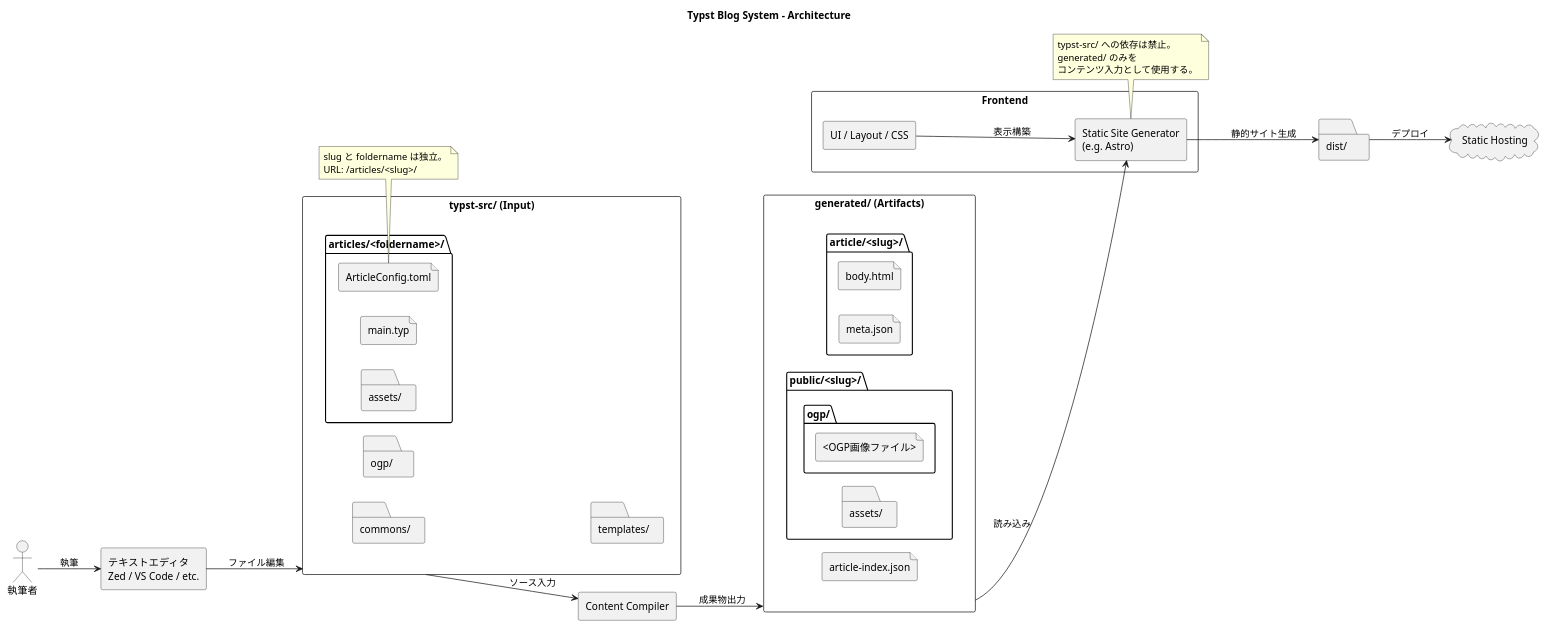
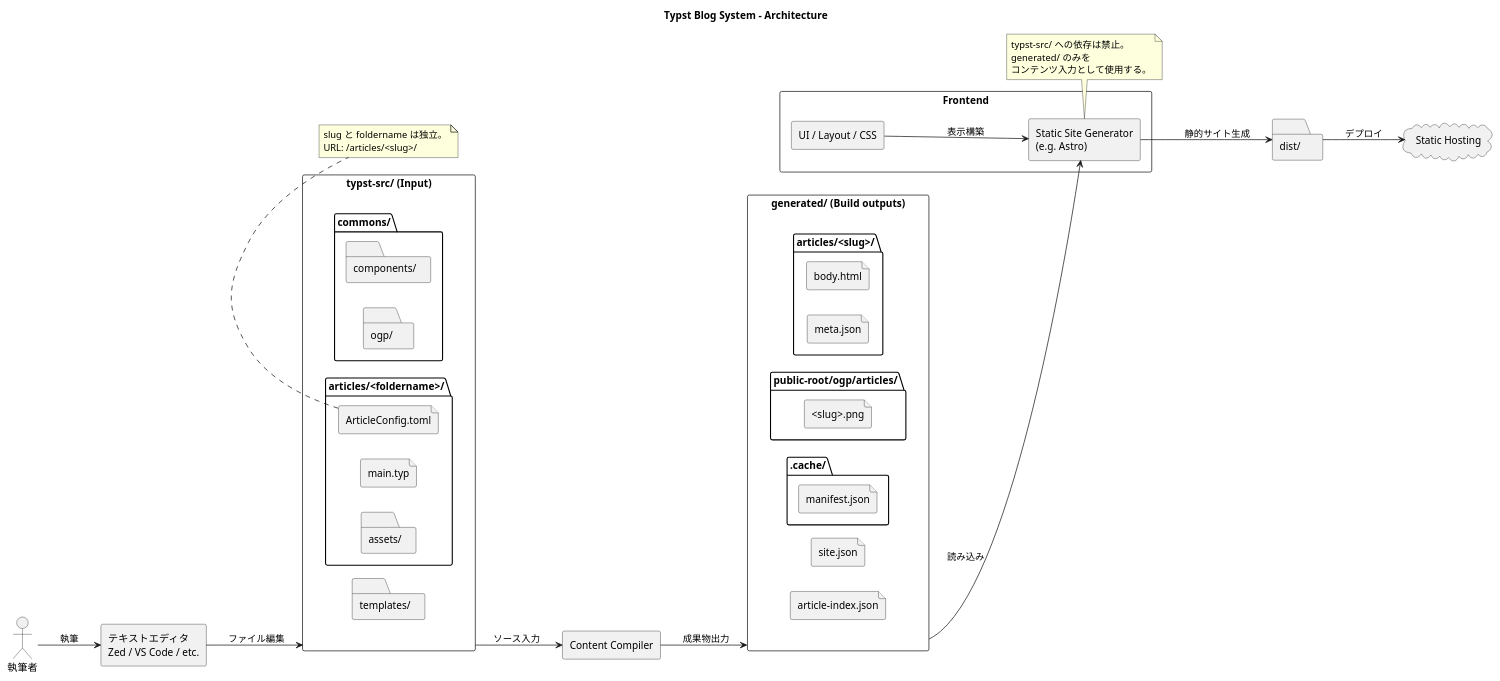
Before and after one commit to neruneruna7/blog: the first of 4 diagrams in docs/design.puml, drawn with PlantUML. The commit also changed other lines of this file and 40 other files, not shown here.

```diff
--- a/docs/design.puml
+++ b/docs/design.puml
@@ -2,72 +2,76 @@
 @startuml system
 title Typst Blog System - Architecture
 
 left to right direction
 skinparam componentStyle rectangle
 skinparam packageStyle rectangle
 
 actor "執筆者" as User
 component "テキストエディタ\nZed / VS Code / etc." as Editor
 
 package "typst-src/ (Input)" as Source {
-  folder "commons/" as Commons
-  folder "ogp/" as OgpTemplate
+  folder "commons/" as Commons {
+    folder "components/" as Components
+    folder "ogp/" as OgpTemplate
+  }
   folder "templates/" as Templates
 
   folder "articles/<foldername>/" as ArticleSource {
     file "main.typ" as MainTyp
     file "ArticleConfig.toml" as ArticleConfig
     folder "assets/" as SourceAssets
   }
 }
 
 component "Content Compiler" as Compiler
 
-package "generated/ (Artifacts)" as Generated {
+package "generated/ (Build outputs)" as Generated {
+  file "site.json" as SiteJson
   file "article-index.json" as ArticleIndex
 
-  folder "article/<slug>/" as ArticleOutput {
+  folder "articles/<slug>/" as ArticleOutput {
     file "body.html" as BodyHtml
     file "meta.json" as MetaJson
   }
 
-  folder "public/<slug>/" as PublicOutput {
-    folder "assets/" as PublicAssets
-    folder "ogp/" as PublicOgp {
-      file "<OGP画像ファイル>" as OgpImage
-    }
+  folder "public-root/ogp/articles/" as PublicOgp {
+    file "<slug>.png" as OgpImage
+  }
+
+  folder ".cache/" as CacheDirectory {
+    file "manifest.json" as CacheManifest
   }
 }
 
 package "Frontend" as Frontend {
   component "Static Site Generator\n(e.g. Astro)" as SSG
   component "UI / Layout / CSS" as UI
 }
 
 folder "dist/" as Dist
 cloud "Static Hosting" as Hosting
 
 User --> Editor : 執筆
 Editor --> Source : ファイル編集
 
 Source --> Compiler : ソース入力
 Compiler --> Generated : 成果物出力
 
 Generated --> SSG : 読み込み
 UI --> SSG : 表示構築
 SSG --> Dist : 静的サイト生成
 Dist --> Hosting : デプロイ
 
 note bottom of SSG
   typst-src/ への依存は禁止。
   generated/ のみを
   コンテンツ入力として使用する。
 end note
 
 note bottom of ArticleConfig
   slug と foldername は独立。
   URL: /articles/<slug>/
 end note
 
 
 @enduml
```
